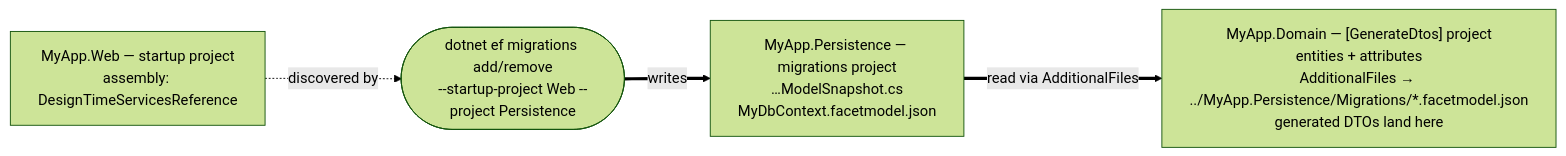
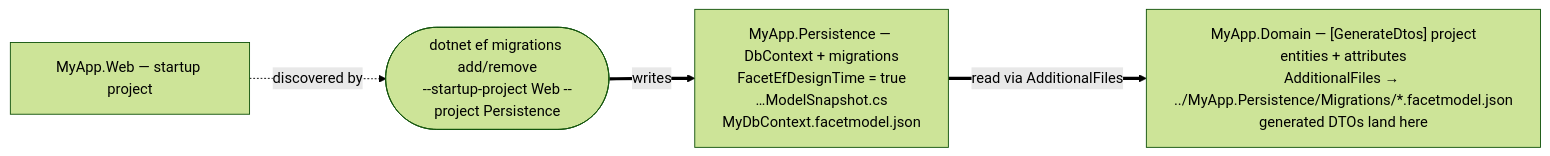
One commit to Tim-Maes/Facet changed the diagram in src/Facet.Extensions.EFCore/README.md. Above: the diagram before and after it, drawn with Mermaid (forest theme). The commit also changed other lines of this file and 10 other files, not shown here.

````diff
--- a/src/Facet.Extensions.EFCore/README.md
+++ b/src/Facet.Extensions.EFCore/README.md
@@ -380,11 +411,11 @@
 ```mermaid
 flowchart LR
     EF(["dotnet ef migrations add/remove<br/>--startup-project Web --project Persistence"])
-    W["MyApp.Web — startup project<br/>assembly: DesignTimeServicesReference"]
-    P["MyApp.Persistence — migrations project<br/>…ModelSnapshot.cs<br/>MyDbContext.facetmodel.json"]
+    W["MyApp.Web — startup project"]
+    P["MyApp.Persistence — DbContext + migrations<br/>FacetEfDesignTime = true<br/>…ModelSnapshot.cs<br/>MyDbContext.facetmodel.json"]
     D["MyApp.Domain — [GenerateDtos] project<br/>entities + attributes<br/>AdditionalFiles → ../MyApp.Persistence/Migrations/*.facetmodel.json<br/>generated DTOs land here"]
 
     W -. discovered by .-> EF
     EF == writes ==> P
     P == read via AdditionalFiles ==> D
 ```
````
